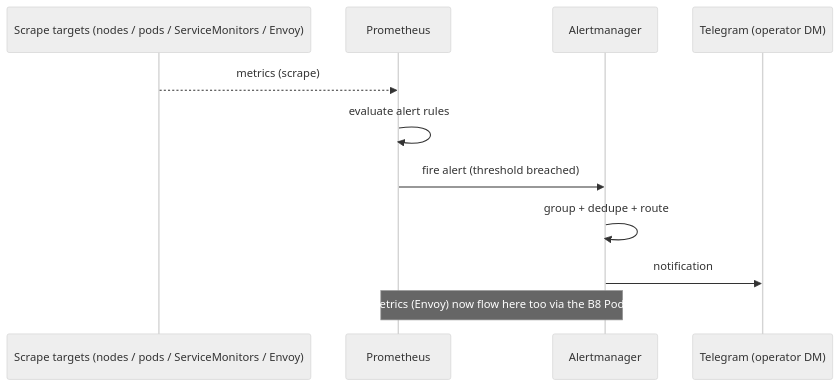
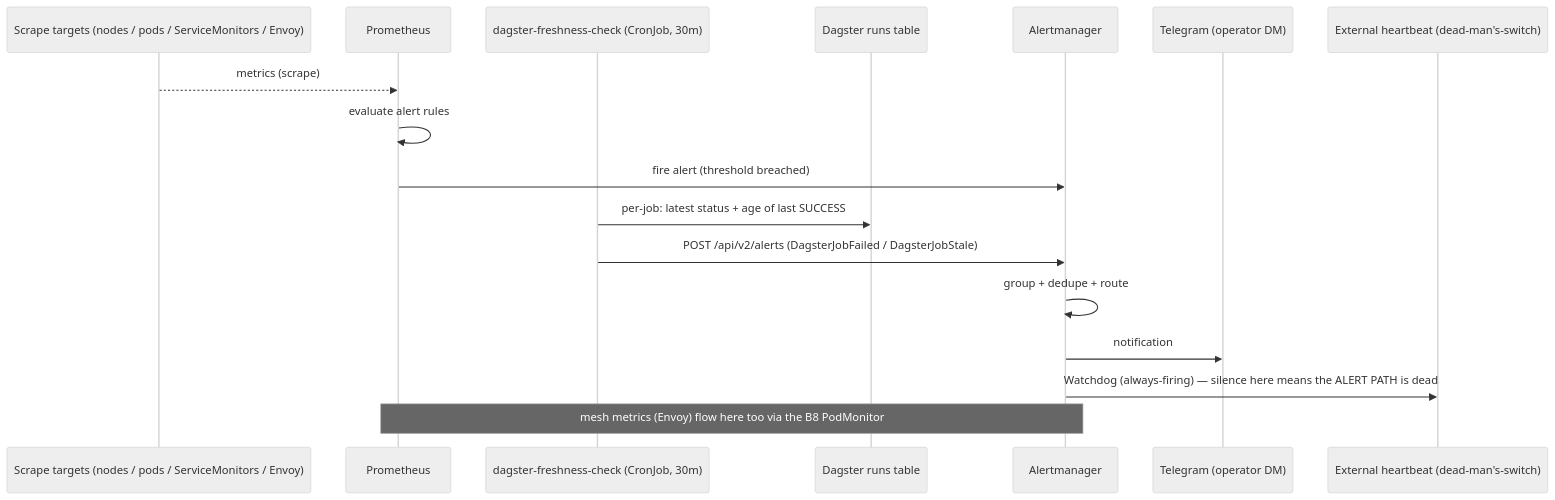
Before and after one commit to edtbl76/weyland-lab: the diagram in docs/diagrams/flow-alerting.md, drawn with Mermaid (neutral theme). The commit also changed other lines of this file and 5 other files, not shown here.

Commit message:
Pin eval harness to golden question set for consistent cross-run scoring; add conceptual/lexical splits for retrieval evaluation (B96). Extend alerting with Dagster watchdog and external heartbeat for improved failure detection (B94).

````diff
--- a/docs/diagrams/flow-alerting.md
+++ b/docs/diagrams/flow-alerting.md
@@ -6,13 +6,19 @@
 ```mermaid
 sequenceDiagram
     participant Tgt as Scrape targets (nodes / pods / ServiceMonitors / Envoy)
     participant Pr as Prometheus
+    participant WD as dagster-freshness-check (CronJob, 30m)
+    participant PGD as Dagster runs table
     participant AM as Alertmanager
     participant Tg as Telegram (operator DM)
+    participant HC as External heartbeat (dead-man's-switch)
     Tgt-->>Pr: metrics (scrape)
     Pr->>Pr: evaluate alert rules
     Pr->>AM: fire alert (threshold breached)
+    WD->>PGD: per-job: latest status + age of last SUCCESS
+    WD->>AM: POST /api/v2/alerts (DagsterJobFailed / DagsterJobStale)
     AM->>AM: group + dedupe + route
     AM->>Tg: notification
-    Note over Pr,AM: mesh metrics (Envoy) now flow here too via the B8 PodMonitor
+    AM->>HC: Watchdog (always-firing) — silence here means the ALERT PATH is dead
+    Note over Pr,AM: mesh metrics (Envoy) flow here too via the B8 PodMonitor
 ```
````
